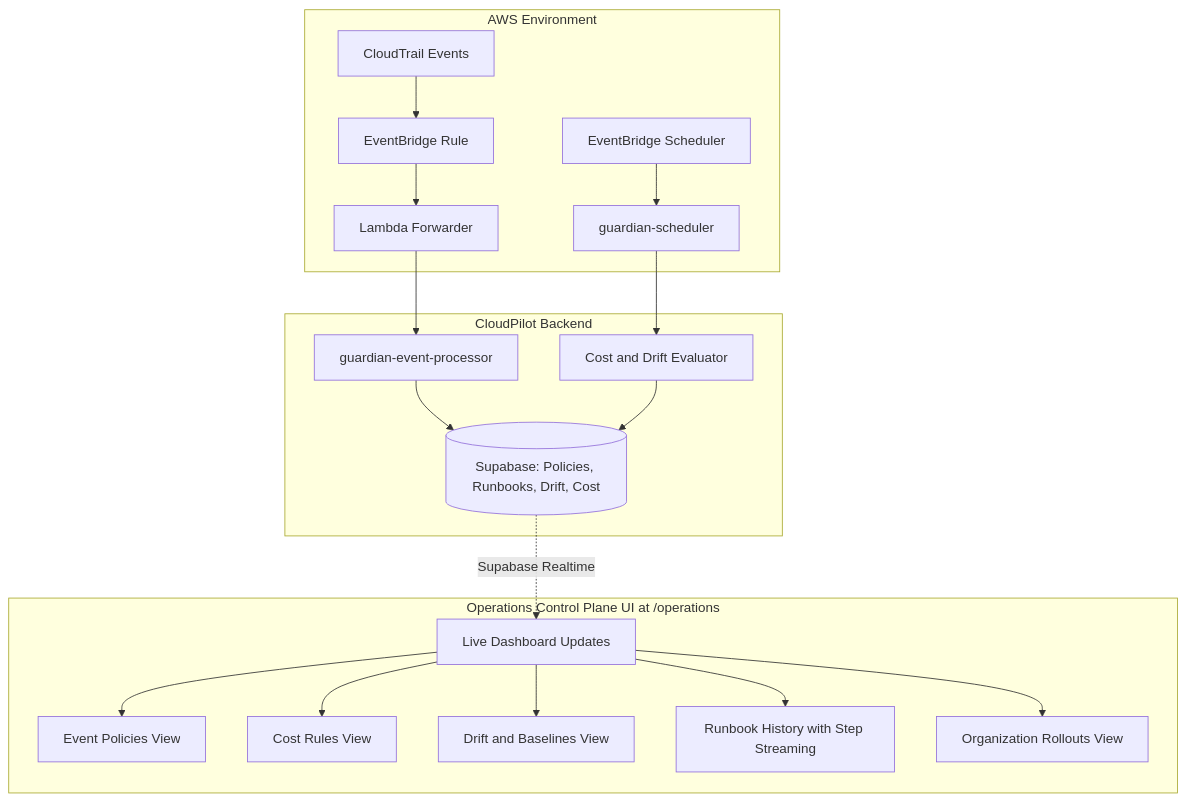
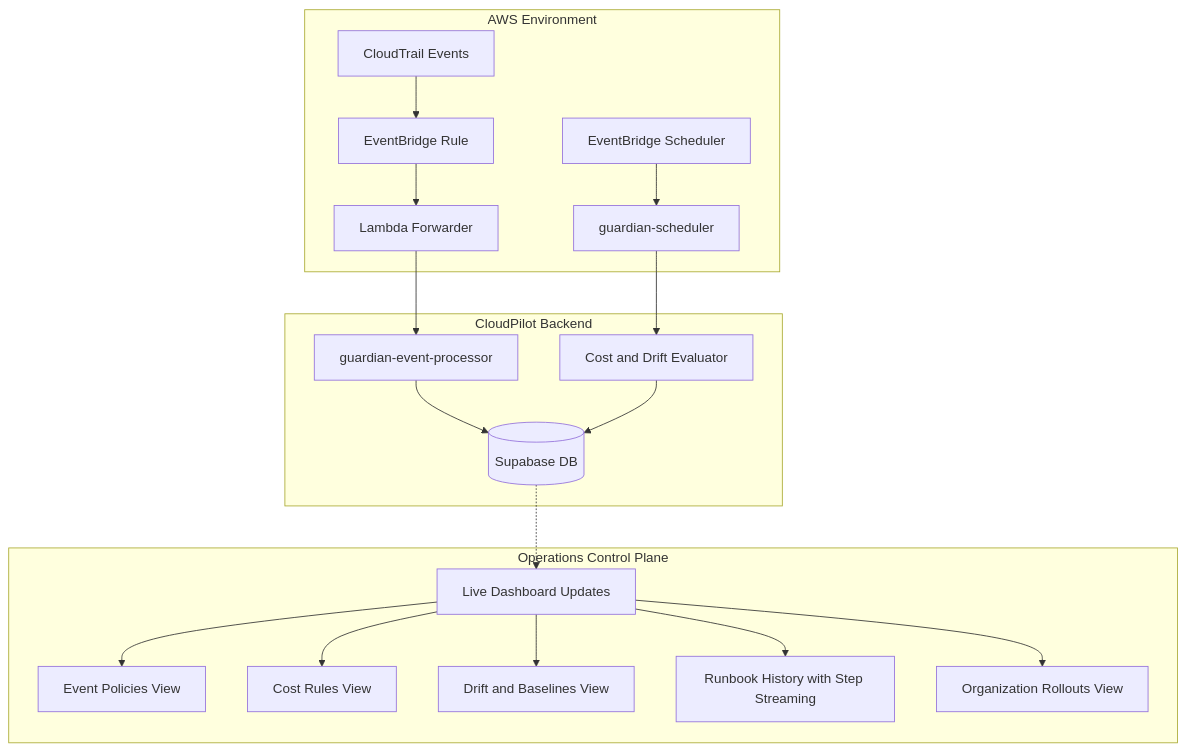
One commit to ritvikindupuri/aws-ai-agent changed diagram 23 of 23 in TECHNICAL_DOCUMENTATION.md. Above: the diagram before and after it, drawn with Mermaid. The commit also changed other lines of this file, not shown here.

Commit message:
Updated README and docs diagrams

````diff
--- a/TECHNICAL_DOCUMENTATION.md
+++ b/TECHNICAL_DOCUMENTATION.md
@@ -1926,24 +1934,24 @@
 ```mermaid
 graph TB
-    subgraph "AWS Environment"
+    subgraph AWS Environment
         A[CloudTrail Events] --> B[EventBridge Rule]
         B --> C[Lambda Forwarder]
         D[EventBridge Scheduler] --> E[guardian-scheduler]
     end
 
-    subgraph "CloudPilot Backend"
+    subgraph CloudPilot Backend
         C --> F[guardian-event-processor]
         E --> G[Cost and Drift Evaluator]
-        F --> H[(Supabase: Policies, Runbooks, Drift, Cost)]
+        F --> H[(Supabase DB)]
         G --> H
     end
 
-    subgraph "Operations Control Plane UI at /operations"
-        H -.-> |Supabase Realtime| I[Live Dashboard Updates]
+    subgraph Operations Control Plane
+        H -.-> I[Live Dashboard Updates]
         I --> J[Event Policies View]
         I --> K[Cost Rules View]
         I --> L[Drift and Baselines View]
-        I --> M[Runbook History with Step Streaming]
+        I --> M4[Runbook History with Step Streaming]
         I --> N[Organization Rollouts View]
     end
 ```
````
